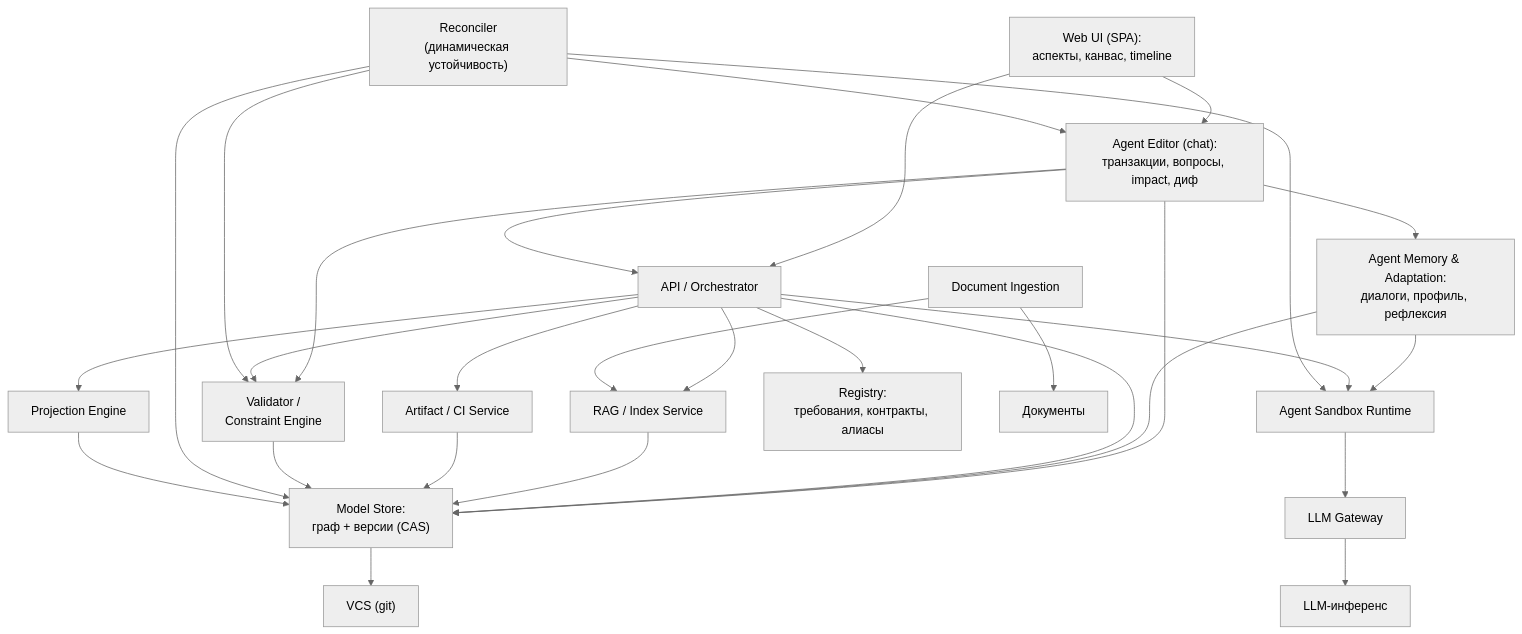
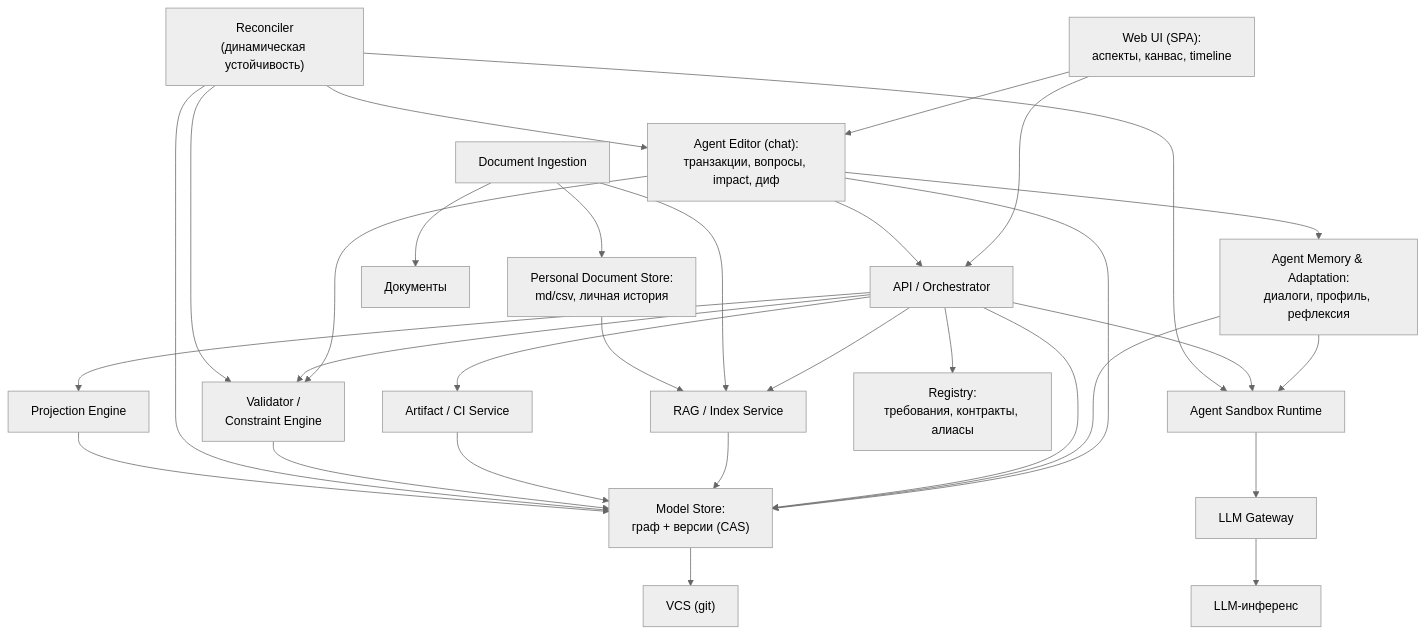
Before and after one commit to pol4/ArchIDE: the second of 4 diagrams in ARCHITECTURE.md, drawn with Mermaid (neutral theme). The commit also changed other lines of this file and 3 other files, not shown here.

First line of the commit message:
docs: personal md/csv docs in chat + chunk markers + RAG verification

````diff
--- a/ARCHITECTURE.md
+++ b/ARCHITECTURE.md
@@ -47,46 +47,49 @@
 ```mermaid
 graph TD
   UI["Web UI (SPA):<br/>аспекты, канвас, timeline"]
   EDIT["Agent Editor (chat):<br/>транзакции, вопросы, impact, диф"]
   MEM["Agent Memory & Adaptation:<br/>диалоги, профиль, рефлексия"]
   API["API / Orchestrator"]
   MS["Model Store:<br/>граф + версии (CAS)"]
   VAL["Validator /<br/>Constraint Engine"]
   RECON["Reconciler<br/>(динамическая устойчивость)"]
   PROJ["Projection Engine"]
   SBX["Agent Sandbox Runtime"]
   GW["LLM Gateway"]
   RAG["RAG / Index Service"]
   ING["Document Ingestion"]
+  PDOC["Personal Document Store:<br/>md/csv, личная история"]
   ART["Artifact / CI Service"]
   REG["Registry:<br/>требования, контракты, алиасы"]
 
   UI --> API
   UI --> EDIT
   EDIT --> API
   EDIT --> VAL
   EDIT --> MS
   EDIT --> MEM
   MEM --> MS
   MEM --> SBX
   API --> MS
   API --> VAL
   API --> PROJ
   API --> SBX
   API --> RAG
   API --> ART
   API --> REG
   SBX --> GW
   GW --> LLM["LLM-инференс"]
   RAG --> MS
   ING --> RAG
+  ING --> PDOC
+  PDOC --> RAG
   ING --> DOCS["Документы"]
   ART --> MS
   VAL --> MS
   RECON --> VAL
   RECON --> MS
   RECON --> EDIT
   RECON --> SBX
   PROJ --> MS
   MS --> VCS["VCS (git)"]
 ```
````
